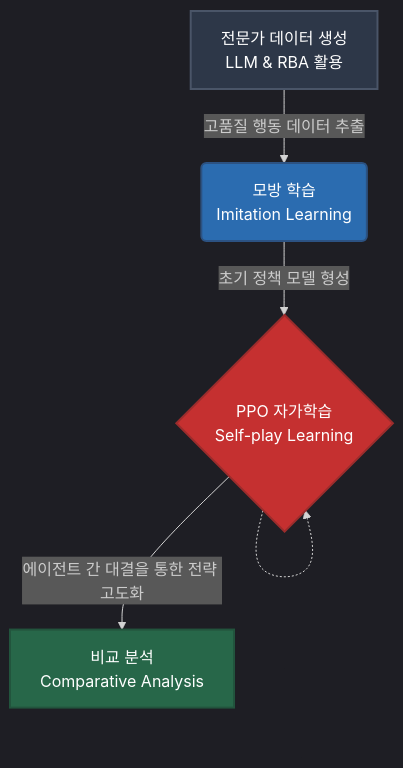
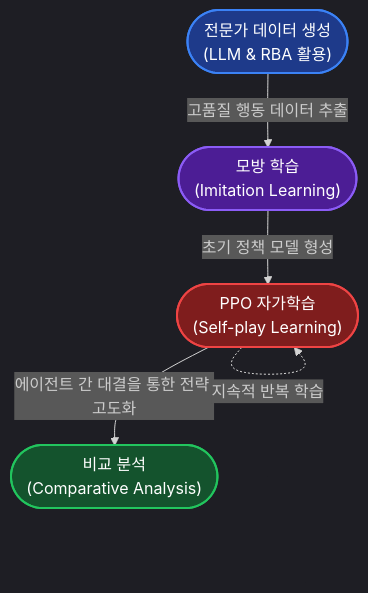
One commit to Computer-Research-Association/mafia-ai changed the diagram in README.md. Above: the diagram before and after it, drawn with Mermaid. The commit also changed other lines of this file and 5 other files, not shown here.

````diff
--- a/README.md
+++ b/README.md
@@ -17,14 +17,23 @@
 ```mermaid
 %%{init: {'theme': 'dark'}}%%
-graph TD
-    A[ 전문가 데이터 생성<br/>LLM & RBA 활용] -->|고품질 행동 데이터 추출| B( 모방 학습 <br/> Imitation Learning)
-    B -->|초기 정책 모델 형성| C{ PPO 자가학습 <br/> Self-play Learning}
-    
-    C -->|에이전트 간 대결을 통한 전략 고도화| D[ 비교 분석 <br/> Comparative Analysis]
-    C -.-> C
+flowchart TD
+    A(["전문가 데이터 생성<br/>(LLM & RBA 활용)"])
+    B(["모방 학습<br/>(Imitation Learning)"])
+    C(["PPO 자가학습<br/>(Self-play Learning)"])
+    D(["비교 분석<br/>(Comparative Analysis)"])
 
-    style A fill:#2d3748,stroke:#4a5568,stroke-width:2px,color:#fff
-    style B fill:#2b6cb0,stroke:#2c5282,stroke-width:2px,color:#fff
-    style C fill:#c53030,stroke:#9b2c2c,stroke-width:2px,color:#fff
-    style D fill:#276749,stroke:#22543d,stroke-width:2px,color:#fff
+    A -->|고품질 행동 데이터 추출| B
+    B -->|초기 정책 모델 형성| C
+    C -->|에이전트 간 대결을 통한 전략 고도화| D
+    C -.->|지속적 반복 학습| C
+
+    classDef gen fill:#1e3a8a,stroke:#3b82f6,stroke-width:2px,color:#ffffff
+    classDef imi fill:#4c1d95,stroke:#8b5cf6,stroke-width:2px,color:#ffffff
+    classDef ppo fill:#7f1d1d,stroke:#ef4444,stroke-width:2px,color:#ffffff
+    classDef eval fill:#14532d,stroke:#22c55e,stroke-width:2px,color:#ffffff
+
+    class A gen
+    class B imi
+    class C ppo
+    class D eval
 ```
````
